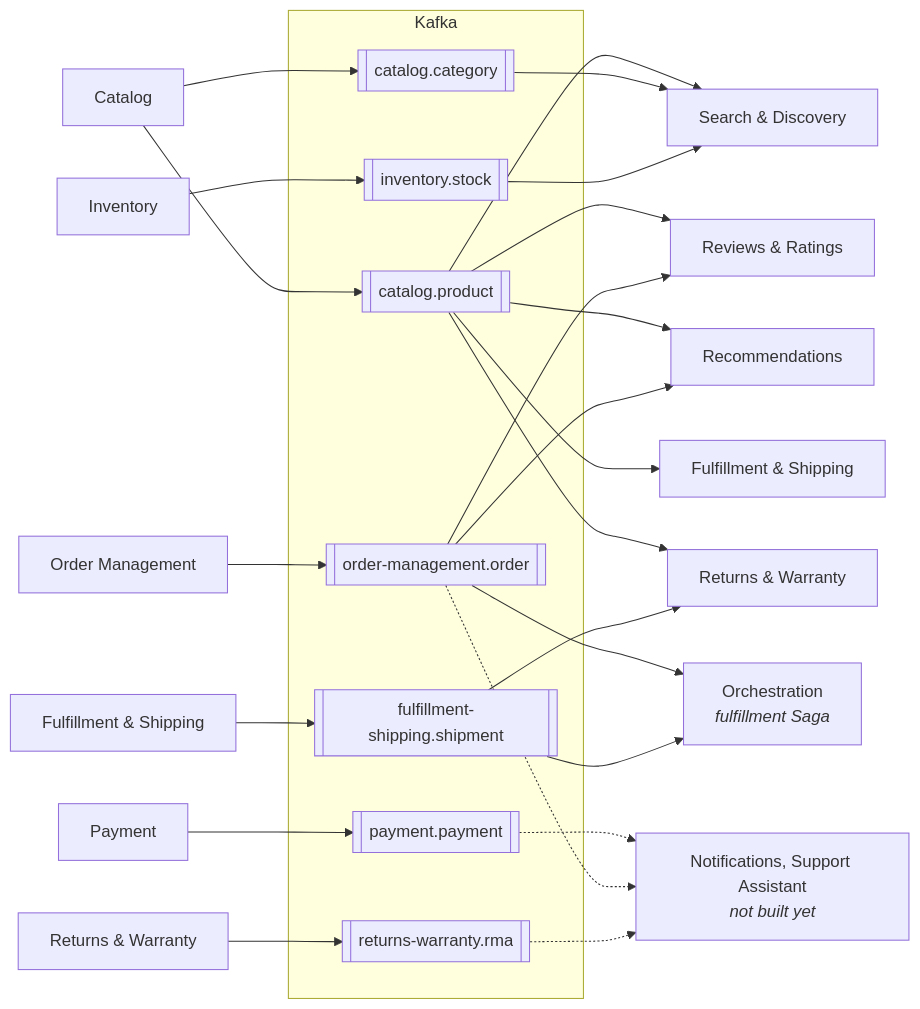
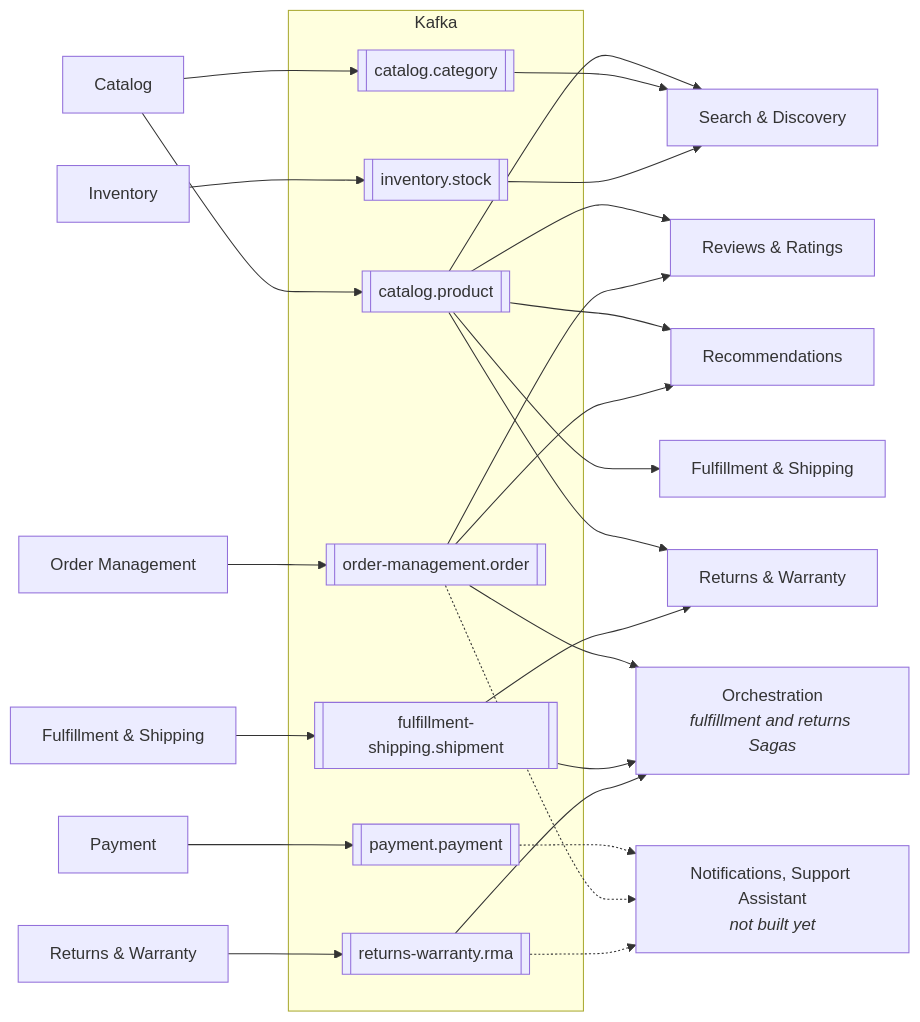
One commit to ondokuzz/ecomm changed the third of 6 diagrams in docs/architecture.md. Above: the diagram before and after it, drawn with Mermaid. The commit also changed other lines of this file, not shown here.

First line of the commit message:
Architecture: the returns Saga (#88)

````diff
--- a/docs/architecture.md
+++ b/docs/architecture.md
@@ -122,43 +126,44 @@
 ```mermaid
 flowchart LR
   catalog["Catalog"]
   inventory["Inventory"]
   orders["Order Management"]
   payment["Payment"]
   fulfillment["Fulfillment & Shipping"]
   returns["Returns & Warranty"]
 
   subgraph kafka["Kafka"]
     tProduct[["catalog.product"]]
     tCategory[["catalog.category"]]
     tStock[["inventory.stock"]]
     tOrder[["order-management.order"]]
     tPayment[["payment.payment"]]
     tShipment[["fulfillment-shipping.shipment"]]
     tRma[["returns-warranty.rma"]]
   end
 
   search["Search & Discovery"]
   reviews["Reviews & Ratings"]
   recs["Recommendations"]
   fulfillmentIn["Fulfillment & Shipping"]
   returnsIn["Returns & Warranty"]
-  orchestration["Orchestration<br/><i>fulfillment Saga</i>"]
+  orchestration["Orchestration<br/><i>fulfillment and returns Sagas</i>"]
   later["Notifications, Support Assistant<br/><i>not built yet</i>"]
 
   catalog --> tProduct & tCategory
   inventory --> tStock
   orders --> tOrder
   payment --> tPayment
   fulfillment --> tShipment
   returns --> tRma
 
   tProduct --> search & reviews & recs & fulfillmentIn & returnsIn
   tCategory --> search
   tStock --> search
   tOrder --> reviews & recs & orchestration
   tShipment --> orchestration & returnsIn
+  tRma --> orchestration
   tPayment -.-> later
   tOrder -.-> later
   tRma -.-> later
 ```
````
